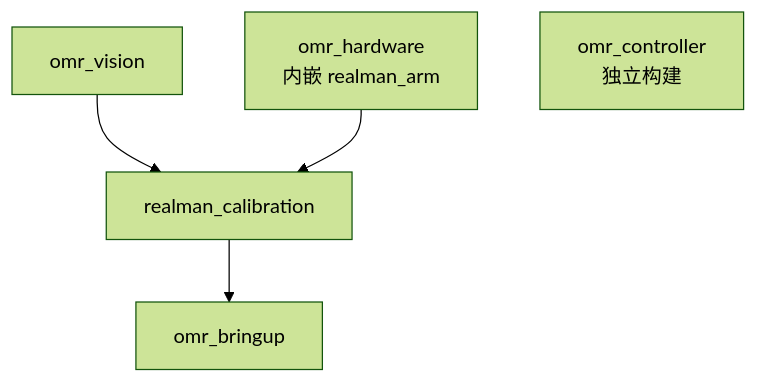
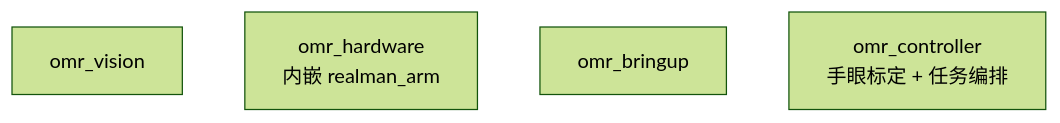
The second of 4 diagrams in docs/DEVELOPMENT_CN.md (sunyuming53-byte/the_first_box), drawn with Mermaid (forest theme) before and after one commit. The commit also changed other lines of this file and 15 other files, not shown here.

First line of the commit message:
chore: update all realman_calibration references to omr_controller/omr_vision

````diff
--- a/docs/DEVELOPMENT_CN.md
+++ b/docs/DEVELOPMENT_CN.md
@@ -121,11 +121,7 @@
 ```mermaid
 graph TD
     vision["omr_vision"]
     hw["omr_hardware<br/>内嵌 realman_arm"]
-    calib["realman_calibration"]
     bringup["omr_bringup"]
-    controller["omr_controller<br/>独立构建"]
-    vision --> calib
-    hw --> calib
-    calib --> bringup
+    controller["omr_controller<br/>手眼标定 + 任务编排"]
 ```
````
